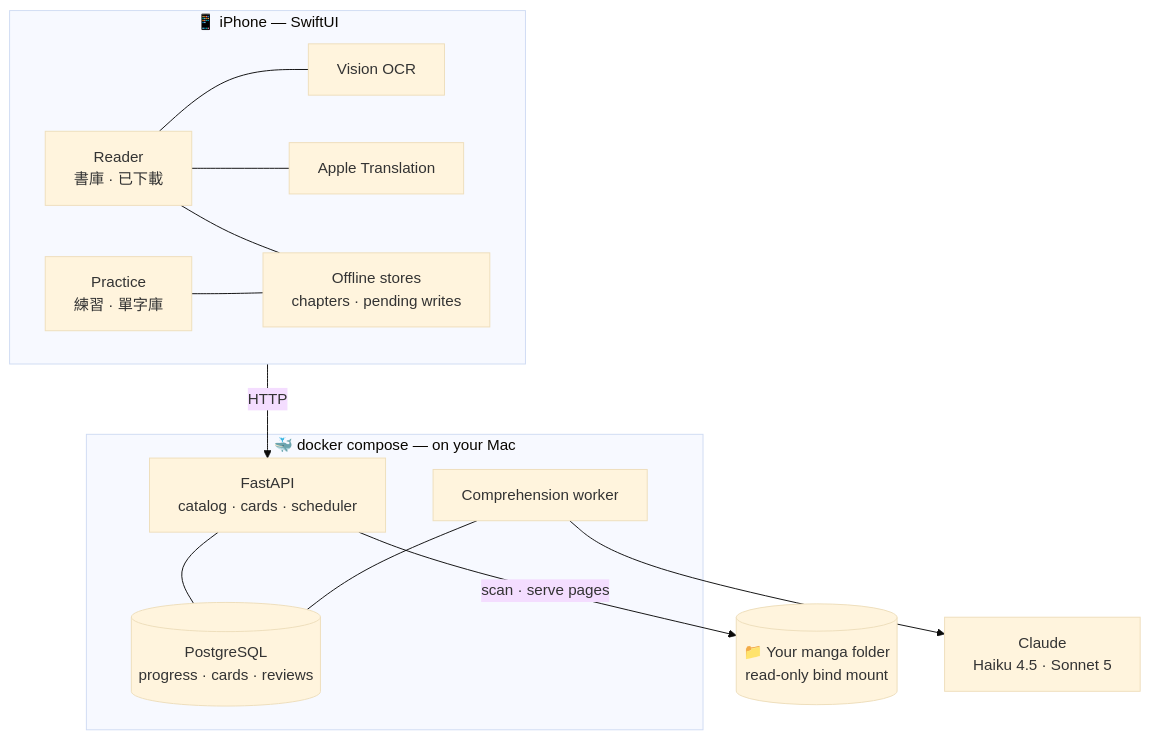
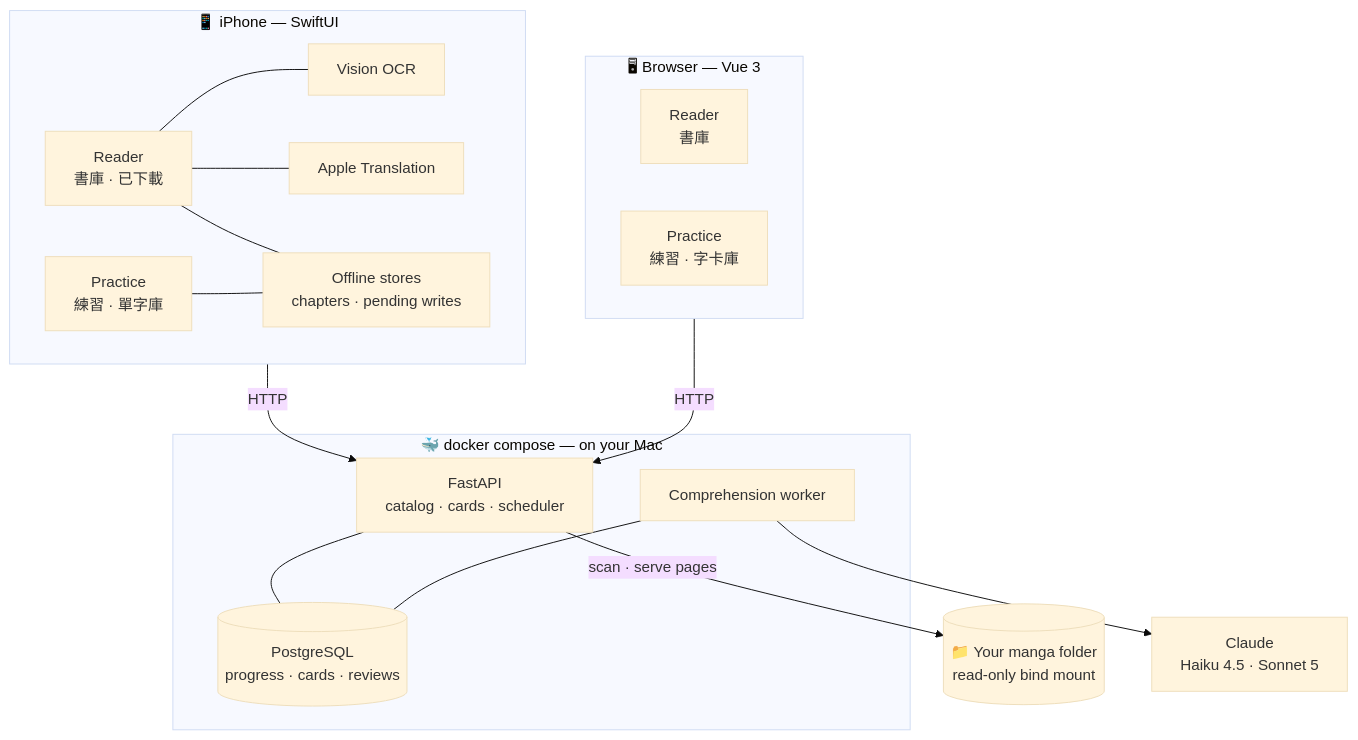
The third of 3 diagrams in README.md (towfd/vista_comic), drawn with Mermaid (base theme) before and after one commit. The commit also changed other lines of this file and 3 other files, not shown here.

First line of the commit message:
Document the web client in the README and roadmap

````diff
--- a/README.md
+++ b/README.md
@@ -157,29 +190,35 @@
 ```mermaid
 graph TB
     subgraph device["📱 iPhone — SwiftUI"]
         R["Reader<br/>書庫 · 已下載"]
         P["Practice<br/>練習 · 單字庫"]
         V["Vision OCR"]
         T["Apple Translation"]
         O["Offline stores<br/>chapters · pending writes"]
         R --- V
         R --- T
         R --- O
         P --- O
     end
 
     subgraph server["🐳 docker compose — on your Mac"]
         API["FastAPI<br/>catalog · cards · scheduler"]
         DB[("PostgreSQL<br/>progress · cards · reviews")]
         W["Comprehension worker"]
         API --- DB
         W --- DB
     end
 
+    subgraph browser["🖥 Browser — Vue 3"]
+        WR["Reader<br/>書庫"]
+        WP["Practice<br/>練習 · 字卡庫"]
+    end
+
     LIB[("📁 Your manga folder<br/>read-only bind mount")]
     LLM["Claude<br/>Haiku 4.5 · Sonnet 5"]
 
     device -->|"HTTP"| API
+    browser -->|"HTTP"| API
     API -->|"scan · serve pages"| LIB
     W --> LLM
 ```
````
